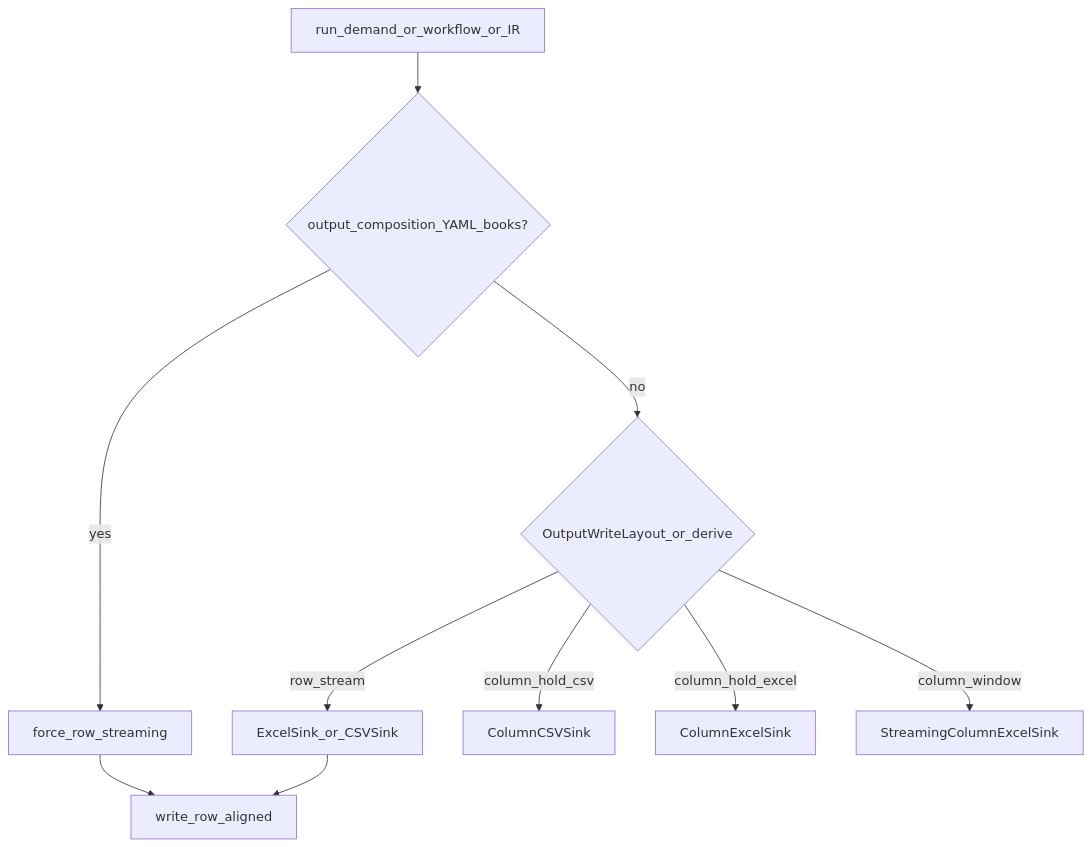
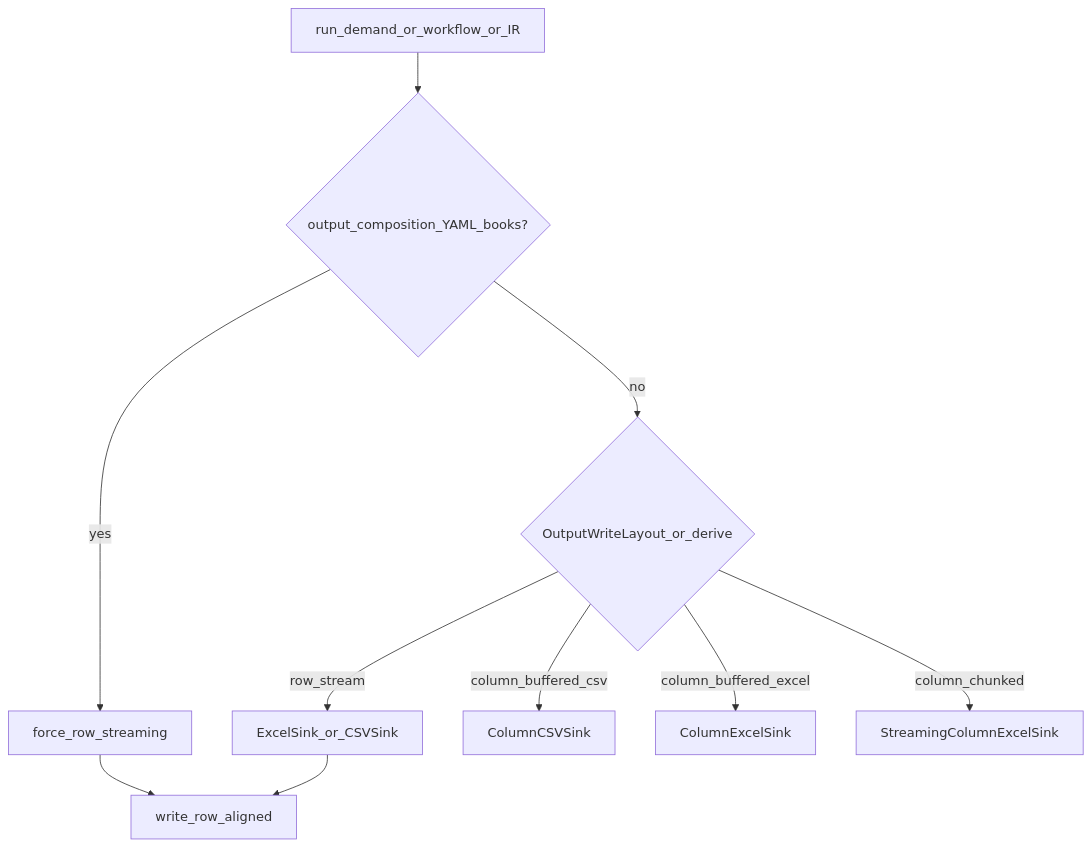
One commit to StrayDragon/scalim changed the diagram in docs/doc/getting-started/excel-column-residency.md. Above: the diagram before and after it, drawn with Mermaid. The commit also changed other lines of this file and 35 other files, not shown here.

````diff
--- a/docs/doc/getting-started/excel-column-residency.md
+++ b/docs/doc/getting-started/excel-column-residency.md
@@ -128,13 +139,13 @@
 ```mermaid
 flowchart TD
   entry[run_demand_or_workflow_or_IR]
   entry --> hasComp{output_composition_YAML_books?}
   hasComp -->|yes| rowForced[force_row_streaming]
   hasComp -->|no| layoutQ{OutputWriteLayout_or_derive}
   rowForced --> rowAligned[write_row_aligned]
   layoutQ -->|row_stream| rowFile[ExcelSink_or_CSVSink]
-  layoutQ -->|column_hold_csv| colCsv[ColumnCSVSink]
-  layoutQ -->|column_hold_excel| colHold[ColumnExcelSink]
-  layoutQ -->|column_window| colWin[StreamingColumnExcelSink]
+  layoutQ -->|column_buffered_csv| colCsv[ColumnCSVSink]
+  layoutQ -->|column_buffered_excel| colBuf[ColumnExcelSink]
+  layoutQ -->|column_chunked| colChunk[StreamingColumnExcelSink]
   rowFile --> rowAligned
 ```
````
